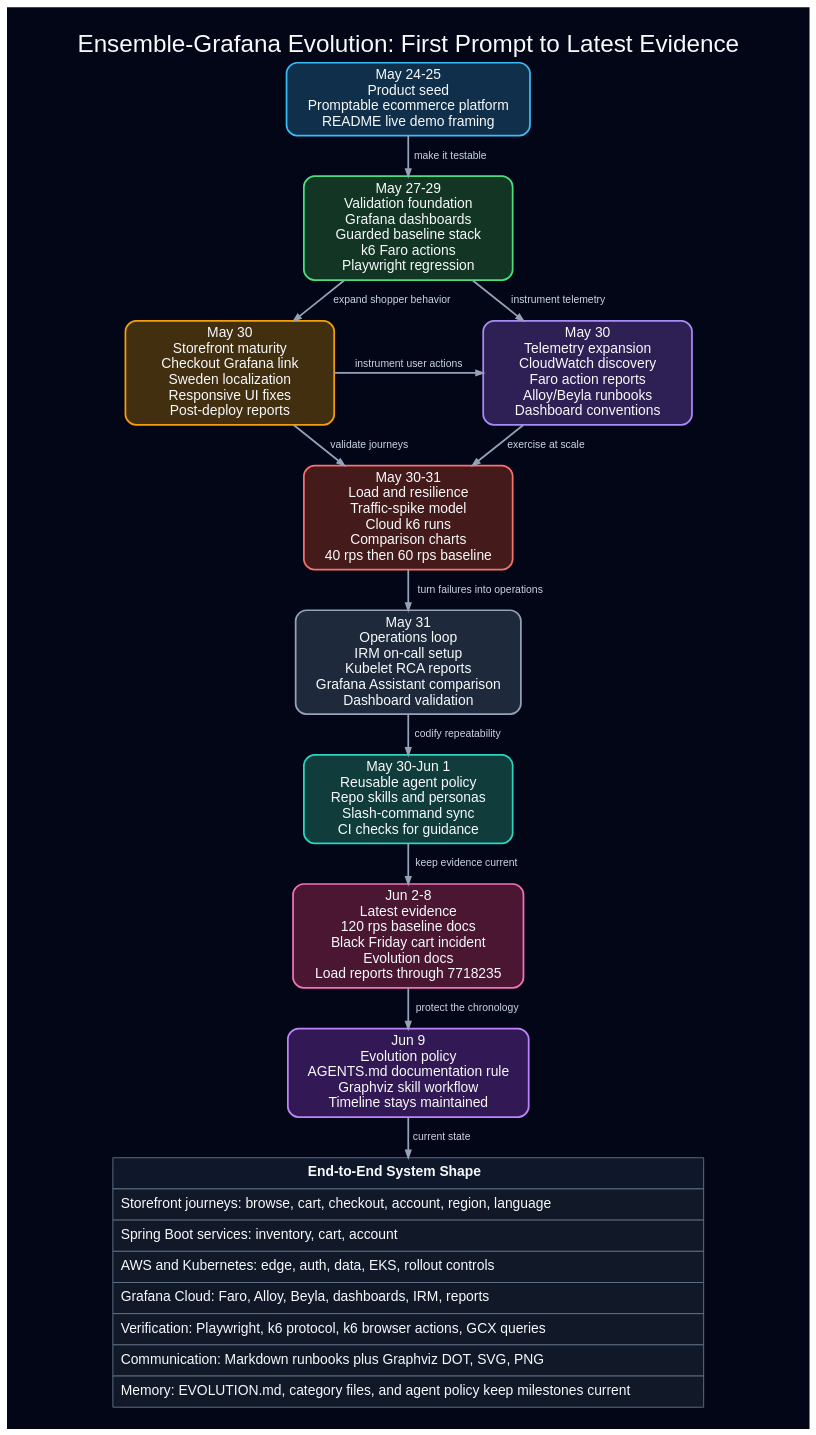
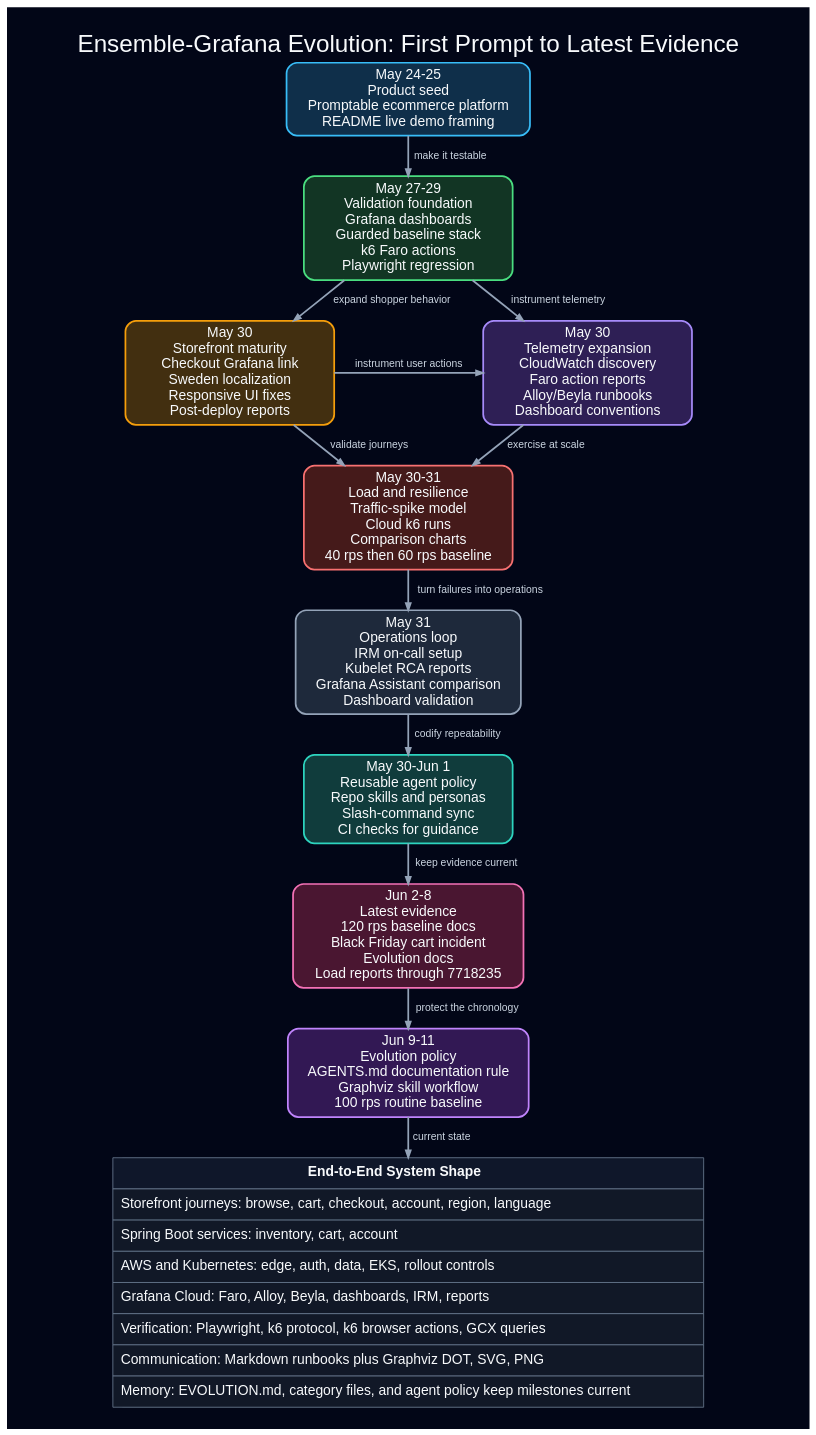
Before and after one commit to orenlion1/ensemble-retail: the diagram in docs/evolution/diagrams/ensemble-evolution-timeline-dark.dot, drawn with Graphviz. The commit also changed 44 other files, not shown here.

```diff
--- a/docs/evolution/diagrams/ensemble-evolution-timeline-dark.dot
+++ b/docs/evolution/diagrams/ensemble-evolution-timeline-dark.dot
@@ -1,129 +1,129 @@
 digraph ensemble_evolution_timeline_dark {
   graph [
     rankdir=TB,
     bgcolor="#020617",
     pad="0.35",
     nodesep="0.42",
     ranksep="0.46",
     fontname="Helvetica",
     fontsize=28,
     fontcolor="#f8fafc",
     labelloc="t",
     label="Ensemble-Grafana Evolution: First Prompt to Latest Evidence"
   ];
 
   node [
     shape=box,
     style="rounded,filled",
     fontname="Helvetica",
     fontsize=16,
     margin="0.11,0.08",
     width=3.35,
     penwidth=2,
     color="#475569",
     fontcolor="#f8fafc"
   ];
 
   edge [
     color="#94a3b8",
     arrowsize=0.8,
     penwidth=2,
     fontname="Helvetica",
     fontsize=12,
     fontcolor="#cbd5e1"
   ];
 
   seed [
     label="May 24-25\nProduct seed\nPromptable ecommerce platform\nREADME live demo framing",
     fillcolor="#0f2f4a",
     color="#38bdf8"
   ];
 
   validate [
     label="May 27-29\nValidation foundation\nGrafana dashboards\nGuarded baseline stack\nk6 Faro actions\nPlaywright regression",
     fillcolor="#123524",
     color="#4ade80"
   ];
 
   app [
     label="May 30\nStorefront maturity\nCheckout Grafana link\nSweden localization\nResponsive UI fixes\nPost-deploy reports",
     fillcolor="#422f10",
     color="#f59e0b"
   ];
 
   obs [
     label="May 30\nTelemetry expansion\nCloudWatch discovery\nFaro action reports\nAlloy/Beyla runbooks\nDashboard conventions",
     fillcolor="#2e1f55",
     color="#a78bfa"
   ];
 
   load [
     label="May 30-31\nLoad and resilience\nTraffic-spike model\nCloud k6 runs\nComparison charts\n40 rps then 60 rps baseline",
     fillcolor="#451a1a",
     color="#f87171"
   ];
 
   ops [
     label="May 31\nOperations loop\nIRM on-call setup\nKubelet RCA reports\nGrafana Assistant comparison\nDashboard validation",
     fillcolor="#1e293b",
     color="#94a3b8"
   ];
 
   skills [
     label="May 30-Jun 1\nReusable agent policy\nRepo skills and personas\nSlash-command sync\nCI checks for guidance",
     fillcolor="#103c3c",
     color="#2dd4bf"
   ];
 
   latest [
     label="Jun 2-8\nLatest evidence\n120 rps baseline docs\nBlack Friday cart incident\nEvolution docs\nLoad reports through 7718235",
     fillcolor="#4a1631",
     color="#f472b6"
   ];
 
   policy [
-    label="Jun 9\nEvolution policy\nAGENTS.md documentation rule\nGraphviz skill workflow\nTimeline stays maintained",
+    label="Jun 9-11\nEvolution policy\nAGENTS.md documentation rule\nGraphviz skill workflow\n100 rps routine baseline",
     fillcolor="#321854",
     color="#c084fc"
   ];
 
   end_to_end [
     label=<
       <TABLE BORDER="0" CELLBORDER="1" CELLSPACING="0" CELLPADDING="8" COLOR="#64748b">
         <TR><TD BGCOLOR="#0f172a"><FONT COLOR="#f8fafc"><B>End-to-End System Shape</B></FONT></TD></TR>
         <TR><TD BGCOLOR="#111827" ALIGN="LEFT"><FONT COLOR="#f8fafc">Storefront journeys: browse, cart, checkout, account, region, language</FONT></TD></TR>
         <TR><TD BGCOLOR="#111827" ALIGN="LEFT"><FONT COLOR="#f8fafc">Spring Boot services: inventory, cart, account</FONT></TD></TR>
         <TR><TD BGCOLOR="#111827" ALIGN="LEFT"><FONT COLOR="#f8fafc">AWS and Kubernetes: edge, auth, data, EKS, rollout controls</FONT></TD></TR>
         <TR><TD BGCOLOR="#111827" ALIGN="LEFT"><FONT COLOR="#f8fafc">Grafana Cloud: Faro, Alloy, Beyla, dashboards, IRM, reports</FONT></TD></TR>
         <TR><TD BGCOLOR="#111827" ALIGN="LEFT"><FONT COLOR="#f8fafc">Verification: Playwright, k6 protocol, k6 browser actions, GCX queries</FONT></TD></TR>
         <TR><TD BGCOLOR="#111827" ALIGN="LEFT"><FONT COLOR="#f8fafc">Communication: Markdown runbooks plus Graphviz DOT, SVG, PNG</FONT></TD></TR>
         <TR><TD BGCOLOR="#111827" ALIGN="LEFT"><FONT COLOR="#f8fafc">Memory: EVOLUTION.md, category files, and agent policy keep milestones current</FONT></TD></TR>
       </TABLE>
     >,
     shape=plain,
     margin=0
   ];
 
   seed -> validate [label="make it testable"];
   validate -> app [label="expand shopper behavior"];
   validate -> obs [label="instrument telemetry"];
   app -> obs [label="instrument user actions"];
   obs -> load [label="exercise at scale"];
   app -> load [label="validate journeys"];
   load -> ops [label="turn failures into operations"];
   ops -> skills [label="codify repeatability"];
   skills -> latest [label="keep evidence current"];
   latest -> policy [label="protect the chronology"];
   policy -> end_to_end [label="current state"];
 
   {
     rank=same;
     app;
     obs;
   }
 
   {
     rank=sink;
     end_to_end;
   }
 }
```
